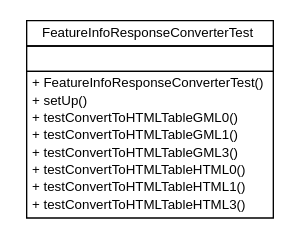
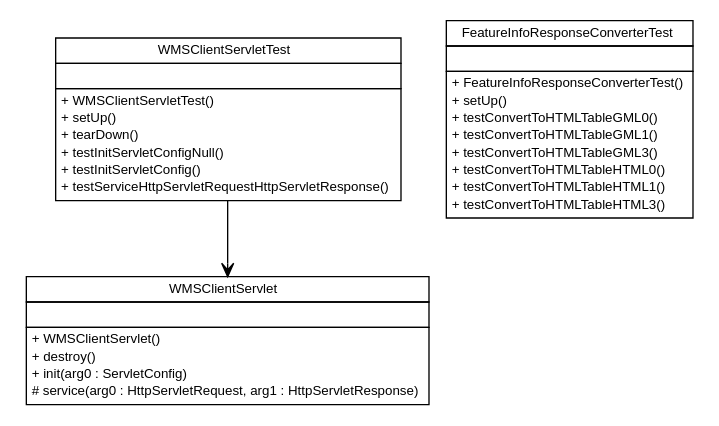
The diagram in testapidocs/nl/mineleni/cbsviewer/servlet/wms/nl.mineleni.cbsviewer.servlet.wms.dot (MinELenI/CBSviewer), drawn with Graphviz before and after one commit. The commit also changed 494 other files, not shown here.

```diff
--- a/testapidocs/nl/mineleni/cbsviewer/servlet/wms/nl.mineleni.cbsviewer.servlet.wms.dot
+++ b/testapidocs/nl/mineleni/cbsviewer/servlet/wms/nl.mineleni.cbsviewer.servlet.wms.dot
@@ -1,31 +1,65 @@
 #!/usr/local/bin/dot
 #
 # Class diagram 
 # Generated by UMLGraph version R5_6 (http://www.umlgraph.org/)
 #
 
 digraph G {
 	edge [fontname="arial",fontsize=10,labelfontname="arial",labelfontsize=10];
 	node [fontname="arial",fontsize=10,shape=plaintext];
 	nodesep=0.25;
 	ranksep=0.5;
+	// nl.mineleni.cbsviewer.servlet.wms.WMSClientServletTest
+	c70 [label=<<table title="nl.mineleni.cbsviewer.servlet.wms.WMSClientServletTest" border="0" cellborder="1" cellspacing="0" cellpadding="2" port="p" href="./WMSClientServletTest.html">
+		<tr><td><table border="0" cellspacing="0" cellpadding="1">
+<tr><td align="center" balign="center"> WMSClientServletTest </td></tr>
+		</table></td></tr>
+		<tr><td><table border="0" cellspacing="0" cellpadding="1">
+<tr><td align="left" balign="left">  </td></tr>
+		</table></td></tr>
+		<tr><td><table border="0" cellspacing="0" cellpadding="1">
+<tr><td align="left" balign="left"> + WMSClientServletTest() </td></tr>
+<tr><td align="left" balign="left"> + setUp() </td></tr>
+<tr><td align="left" balign="left"> + tearDown() </td></tr>
+<tr><td align="left" balign="left"> + testInitServletConfigNull() </td></tr>
+<tr><td align="left" balign="left"> + testInitServletConfig() </td></tr>
+<tr><td align="left" balign="left"> + testServiceHttpServletRequestHttpServletResponse() </td></tr>
+		</table></td></tr>
+		</table>>, URL="./WMSClientServletTest.html", fontname="arial", fontcolor="black", fontsize=10.0];
 	// nl.mineleni.cbsviewer.servlet.wms.FeatureInfoResponseConverterTest
-	c67 [label=<<table title="nl.mineleni.cbsviewer.servlet.wms.FeatureInfoResponseConverterTest" border="0" cellborder="1" cellspacing="0" cellpadding="2" port="p" href="./FeatureInfoResponseConverterTest.html">
+	c71 [label=<<table title="nl.mineleni.cbsviewer.servlet.wms.FeatureInfoResponseConverterTest" border="0" cellborder="1" cellspacing="0" cellpadding="2" port="p" href="./FeatureInfoResponseConverterTest.html">
 		<tr><td><table border="0" cellspacing="0" cellpadding="1">
 <tr><td align="center" balign="center"> FeatureInfoResponseConverterTest </td></tr>
 		</table></td></tr>
 		<tr><td><table border="0" cellspacing="0" cellpadding="1">
 <tr><td align="left" balign="left">  </td></tr>
 		</table></td></tr>
 		<tr><td><table border="0" cellspacing="0" cellpadding="1">
 <tr><td align="left" balign="left"> + FeatureInfoResponseConverterTest() </td></tr>
 <tr><td align="left" balign="left"> + setUp() </td></tr>
 <tr><td align="left" balign="left"> + testConvertToHTMLTableGML0() </td></tr>
 <tr><td align="left" balign="left"> + testConvertToHTMLTableGML1() </td></tr>
 <tr><td align="left" balign="left"> + testConvertToHTMLTableGML3() </td></tr>
 <tr><td align="left" balign="left"> + testConvertToHTMLTableHTML0() </td></tr>
 <tr><td align="left" balign="left"> + testConvertToHTMLTableHTML1() </td></tr>
 <tr><td align="left" balign="left"> + testConvertToHTMLTableHTML3() </td></tr>
 		</table></td></tr>
 		</table>>, URL="./FeatureInfoResponseConverterTest.html", fontname="arial", fontcolor="black", fontsize=10.0];
+	// nl.mineleni.cbsviewer.servlet.wms.WMSClientServletTest NAVASSOC nl.mineleni.cbsviewer.servlet.wms.WMSClientServlet
+	c70:p -> c77:p [taillabel="", label="", headlabel="", fontname="arial", fontcolor="black", fontsize=10.0, color="black", arrowhead=open];
+	// nl.mineleni.cbsviewer.servlet.wms.WMSClientServlet
+	c77 [label=<<table title="nl.mineleni.cbsviewer.servlet.wms.WMSClientServlet" border="0" cellborder="1" cellspacing="0" cellpadding="2" port="p">
+		<tr><td><table border="0" cellspacing="0" cellpadding="1">
+<tr><td align="center" balign="center"> WMSClientServlet </td></tr>
+		</table></td></tr>
+		<tr><td><table border="0" cellspacing="0" cellpadding="1">
+<tr><td align="left" balign="left">  </td></tr>
+		</table></td></tr>
+		<tr><td><table border="0" cellspacing="0" cellpadding="1">
+<tr><td align="left" balign="left"> + WMSClientServlet() </td></tr>
+<tr><td align="left" balign="left"> + destroy() </td></tr>
+<tr><td align="left" balign="left"> + init(arg0 : ServletConfig) </td></tr>
+<tr><td align="left" balign="left"> # service(arg0 : HttpServletRequest, arg1 : HttpServletResponse) </td></tr>
+		</table></td></tr>
+		</table>>, URL="null", fontname="arial", fontcolor="black", fontsize=10.0];
 }
```
